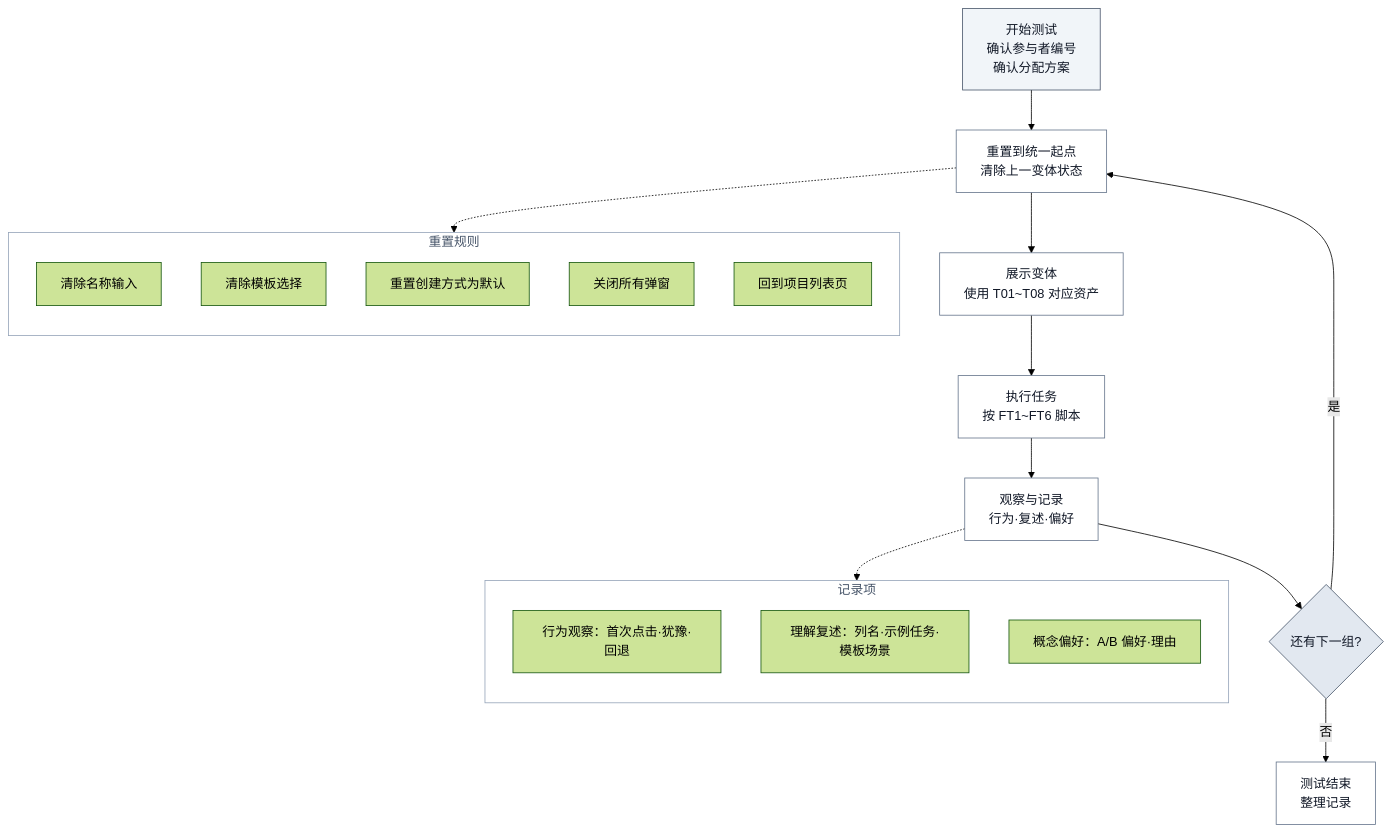
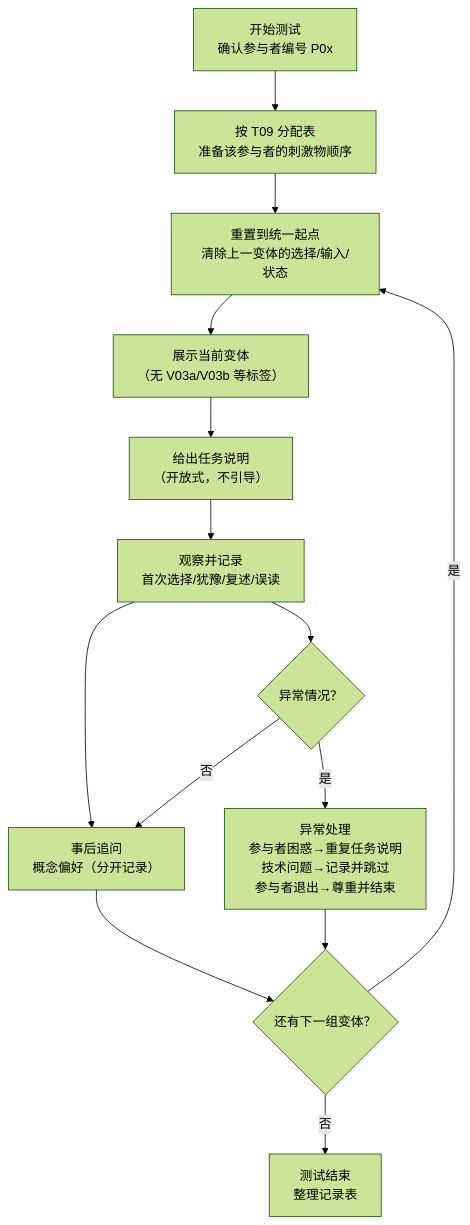
Before and after one commit to tangtongqing/kanboard-onboarding-optimization: the tenth of 10 diagrams in docs/05-validation/低保真对照测试资产-PD-010C.md, drawn with Mermaid (forest theme). The commit also changed other lines of this file and 146 other files, not shown here.

````diff
--- a/docs/05-validation/低保真对照测试资产-PD-010C.md
+++ b/docs/05-validation/低保真对照测试资产-PD-010C.md
@@ -471,42 +452,20 @@
 ```mermaid
 flowchart TB
-    START["开始测试<br/>确认参与者编号<br/>确认分配方案"]
-    RESET["重置到统一起点<br/>清除上一变体状态"]
-    SHOW["展示变体<br/>使用 T01~T08 对应资产"]
-    TASK["执行任务<br/>按 FT1~FT6 脚本"]
-    OBSERVE["观察与记录<br/>行为·复述·偏好"]
-    NEXT{"还有下一组?"}
-    DONE["测试结束<br/>整理记录"]
-
-    START --> RESET --> SHOW --> TASK --> OBSERVE --> NEXT
+    START["开始测试<br/>确认参与者编号 P0x"]
+    PREP["按 T09 分配表<br/>准备该参与者的刺激物顺序"]
+    RESET["重置到统一起点<br/>清除上一变体的选择/输入/状态"]
+    SHOW["展示当前变体<br/>（无 V03a/V03b 等标签）"]
+    TASK["给出任务说明<br/>（开放式，不引导）"]
+    OBSERVE["观察并记录<br/>首次选择/犹豫/复述/误读"]
+    ASK["事后追问<br/>概念偏好（分开记录）"]
+    NEXT{"还有下一组变体？"}
+    DONE["测试结束<br/>整理记录表"]
+    ERR{"异常情况？"}
+    ERR_HANDLE["异常处理<br/>参与者困惑→重复任务说明<br/>技术问题→记录并跳过<br/>参与者退出→尊重并结束"]
+    START --> PREP --> RESET --> SHOW --> TASK --> OBSERVE --> ASK --> NEXT
     NEXT -->|"是"| RESET
     NEXT -->|"否"| DONE
-
-    subgraph RESET_RULES["重置规则"]
-        direction TB
-        R1["清除名称输入"]
-        R2["清除模板选择"]
-        R3["重置创建方式为默认"]
-        R4["关闭所有弹窗"]
-        R5["回到项目列表页"]
-    end
-
-    subgraph RECORD["记录项"]
-        direction TB
-        REC1["行为观察：首次点击·犹豫·回退"]
-        REC2["理解复述：列名·示例任务·模板场景"]
-        REC3["概念偏好：A/B 偏好·理由"]
-    end
-
-    RESET -.-> RESET_RULES
-    OBSERVE -.-> RECORD
-
-    classDef start fill:#f1f5f9,stroke:#475569,color:#111827;
-    classDef process fill:#ffffff,stroke:#64748b,color:#111827;
-    classDef decision fill:#e2e8f0,stroke:#475569,color:#111827;
-    classDef rule fill:#ffffff,stroke:#94a3b8,color:#475569;
-    class START start;
-    class RESET,SHOW,TASK,OBSERVE,DONE process;
-    class NEXT decision;
-    class RESET_RULES,RECORD rule;
+    OBSERVE --> ERR
+    ERR -->|"是"| ERR_HANDLE --> NEXT
+    ERR -->|"否"| ASK
 ```
````
